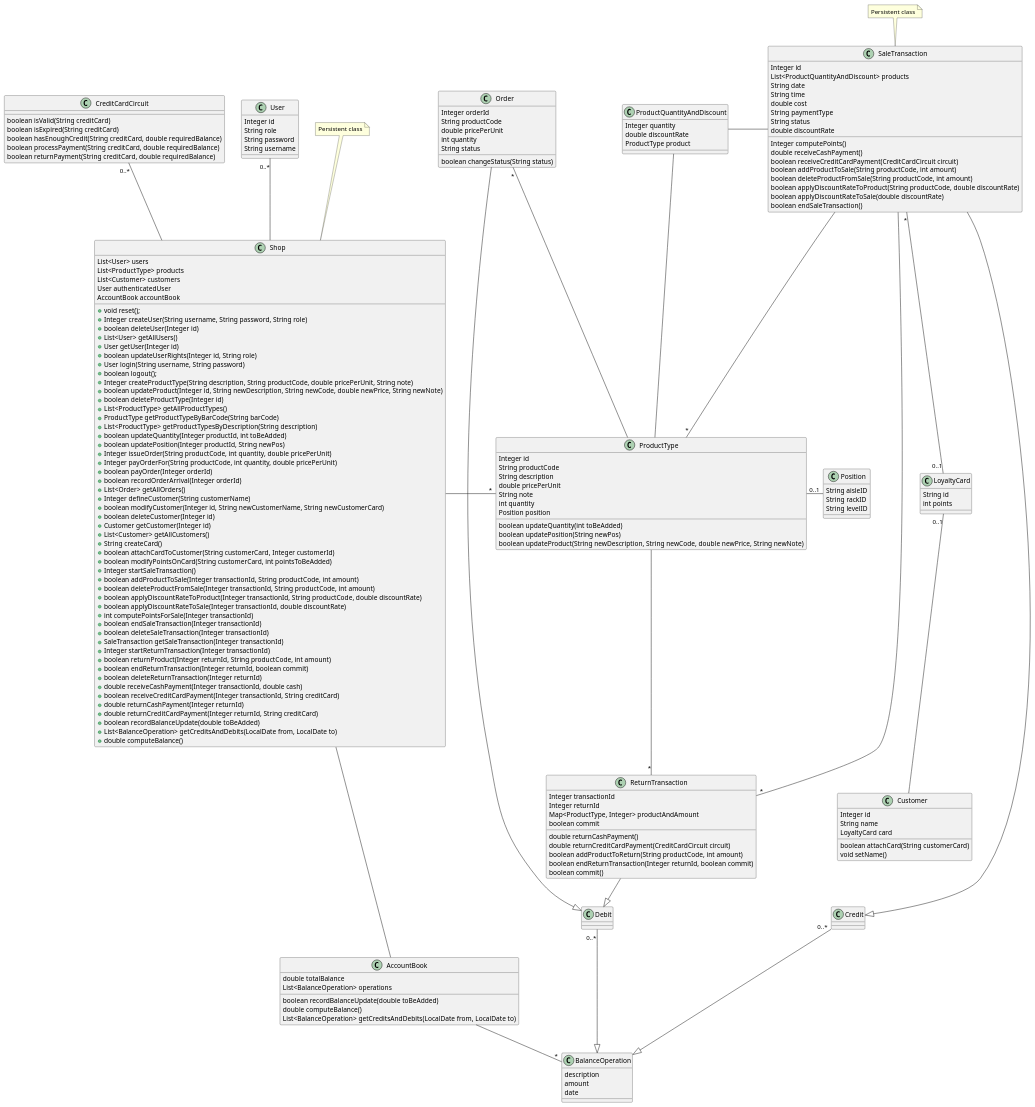
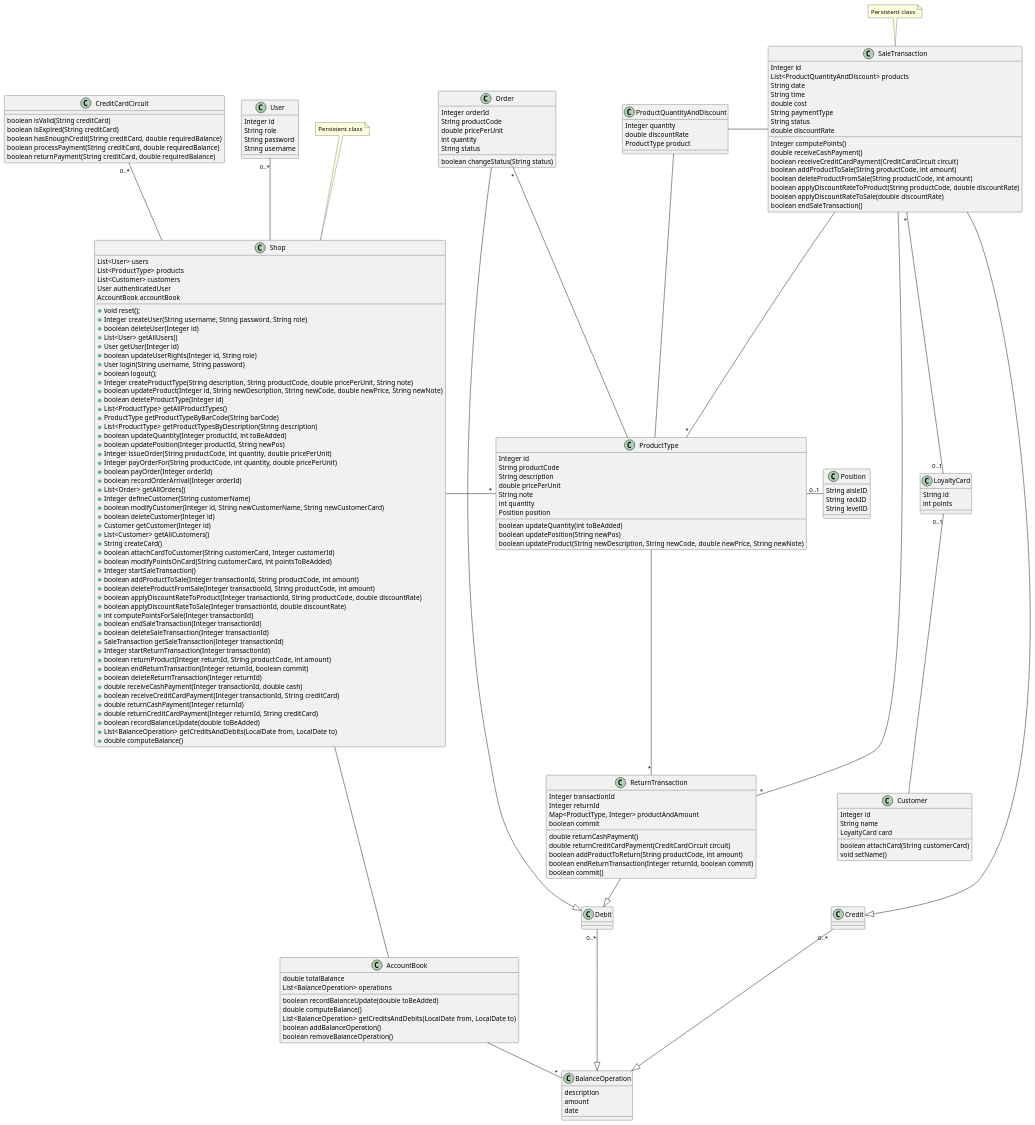
One commit to Ralls0/ezshop changed the diagram in Deliverables/low_level_design.md. Above: the diagram before and after it, drawn with PlantUML.

```diff
--- a/Deliverables/low_level_design.md
+++ b/Deliverables/low_level_design.md
@@ -7,7 +7,9 @@
     boolean recordBalanceUpdate(double toBeAdded)
     double computeBalance()
     List<BalanceOperation> getCreditsAndDebits(LocalDate from, LocalDate to)
-
+    boolean addBalanceOperation()
+    boolean removeBalanceOperation()
+    
 }
 
 class CreditCardCircuit {
```
